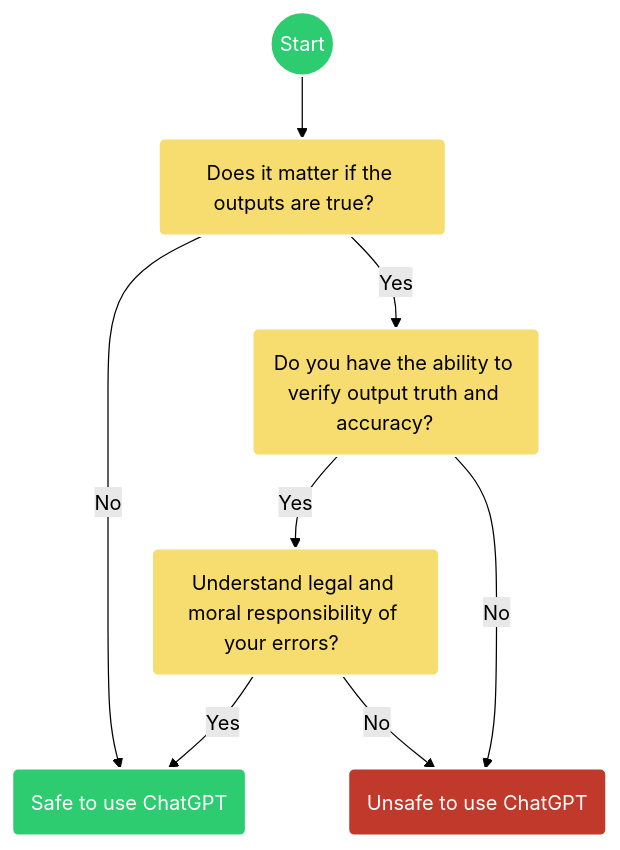
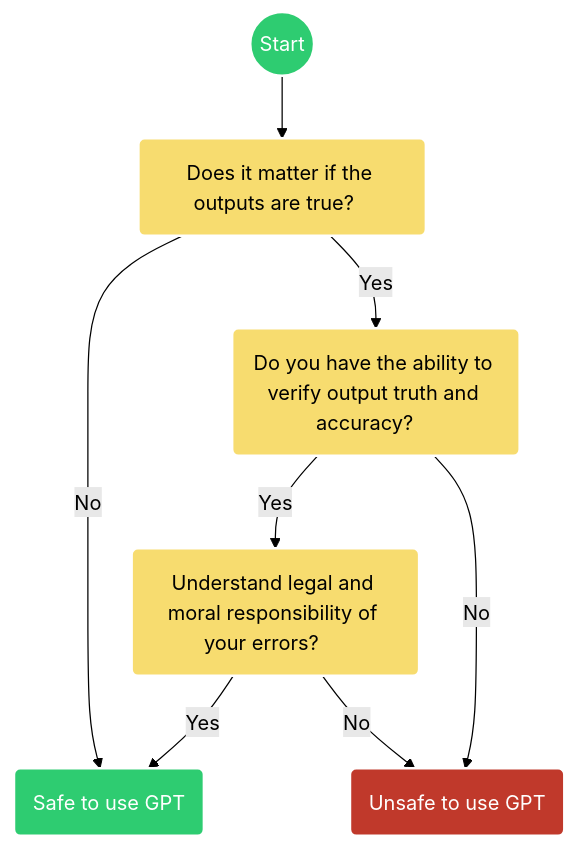
Before and after one commit to ua-data7/introllms: the diagram in docs/chatgpt_prompts.md, drawn with Mermaid (forest theme). The commit also changed other lines of this file and 6 other files, not shown here.

````diff
--- a/docs/chatgpt_prompts.md
+++ b/docs/chatgpt_prompts.md
@@ -5,17 +9,17 @@
 ``` mermaid
 graph TB
   A((Start)) --> B("Does it matter if the outputs are true?  &nbsp");
-  B -->| No | F("Safe to use ChatGPT");
+  B -->| No | F("Safe to use GPT");
   B -->| Yes | C("Do you have the ability to verify output truth and accuracy? &nbsp &nbsp");
   C -->| Yes | D("Understand legal and moral responsibility of your errors?  &nbsp &nbsp");
-  C -->| No | E("Unsafe to use ChatGPT");
-  D -->| Yes | F("Safe to use ChatGPT");
-  D -->| No | E("Unsafe to use ChatGPT");
+  C -->| No | E("Unsafe to use GPT");
+  D -->| Yes | F("Safe to use GPT");
+  D -->| No | E("Unsafe to use GPT");
 
   style A fill:#2ECC71,stroke:#fff,stroke-width:2px,color:#fff
   style B fill:#F7DC6F,stroke:#fff,stroke-width:2px,color:#000
   style C fill:#F7DC6F,stroke:#fff,stroke-width:2px,color:#000
   style D fill:#F7DC6F,stroke:#fff,stroke-width:2px,color:#000
   style E fill:#C0392B,stroke:#fff,stroke-width:2px,color:#fff
   style F fill:#2ECC71,stroke:#fff,stroke-width:2px,color:#fff
 ```
````
